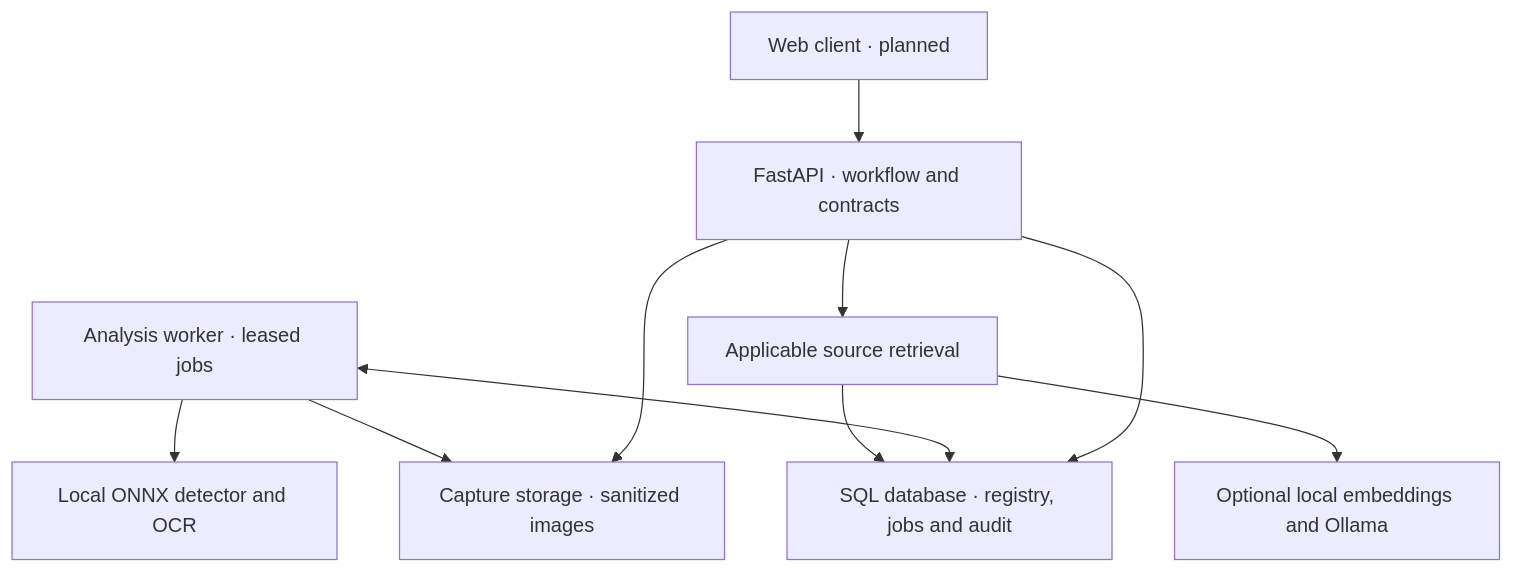
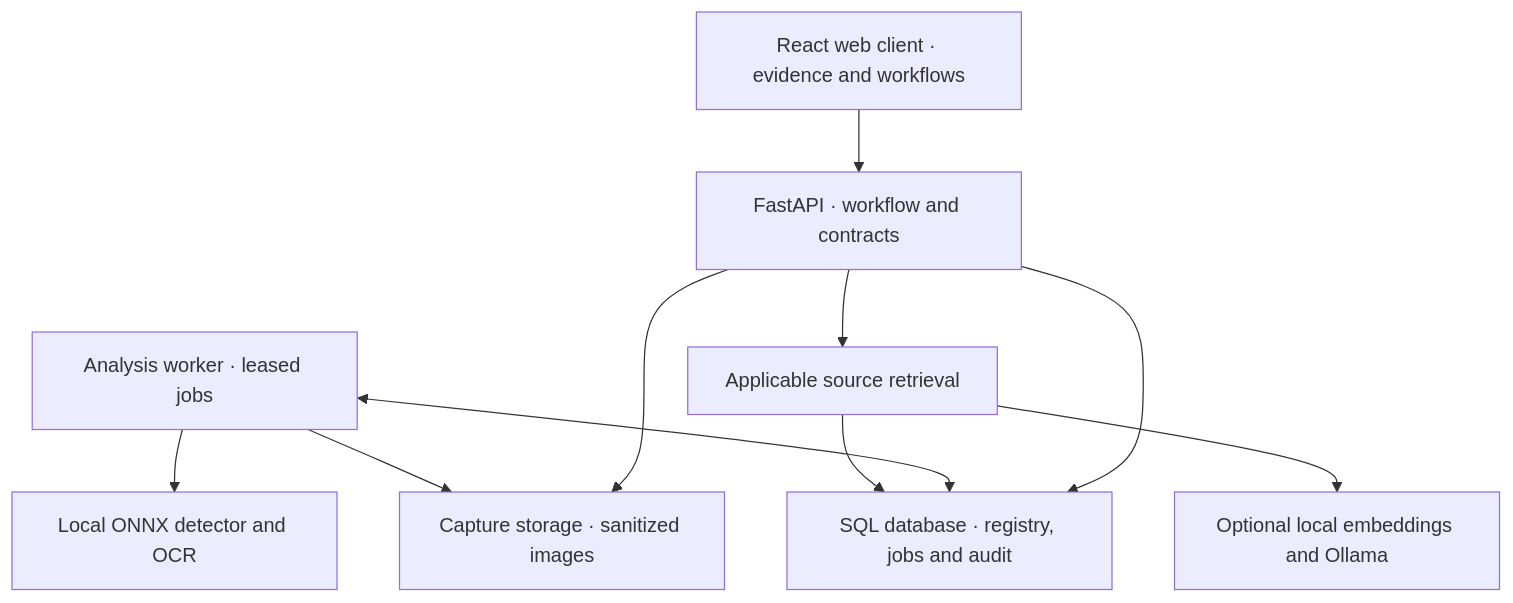
The diagram in README.md (tanish19078/posify), drawn with Mermaid before and after one commit. The commit also changed other lines of this file and 2 other files, not shown here.

Commit message:
docs: document the implemented frontend and compose web entry point [skip ci]

````diff
--- a/README.md
+++ b/README.md
@@ -27,12 +27,12 @@
 ```mermaid
 flowchart TD
-    Web["Web client · planned"] --> API["FastAPI · workflow and contracts"]
+    Web["React web client · evidence and workflows"] --> API["FastAPI · workflow and contracts"]
     API --> DB["SQL database · registry, jobs and audit"]
     API --> Images["Capture storage · sanitized images"]
     Worker["Analysis worker · leased jobs"] <--> DB
     Worker --> Images
     Worker --> Vision["Local ONNX detector and OCR"]
     API --> Knowledge["Applicable source retrieval"]
     Knowledge --> DB
     Knowledge --> LLM["Optional local embeddings and Ollama"]
 ```
````
